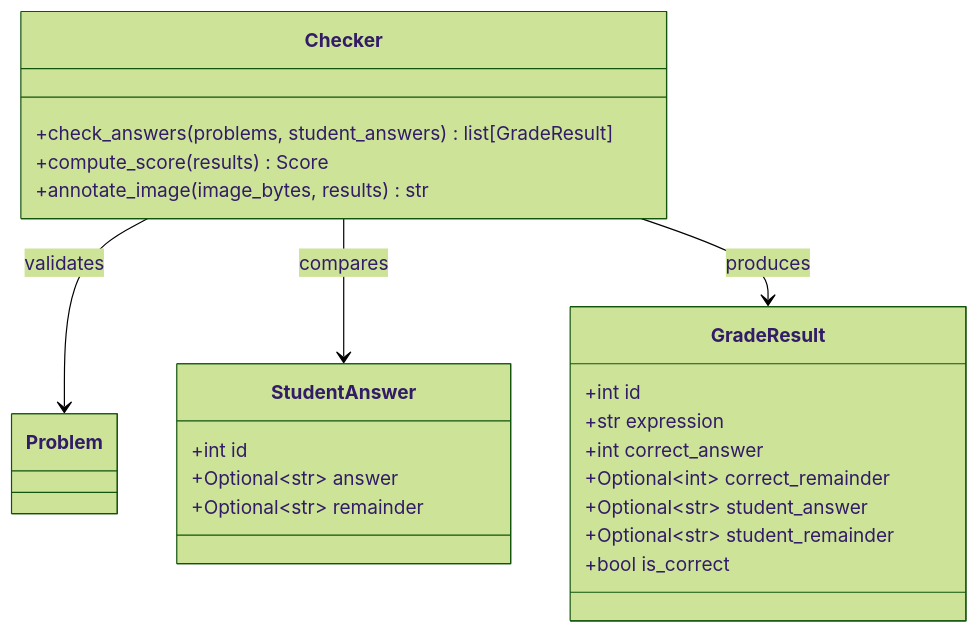
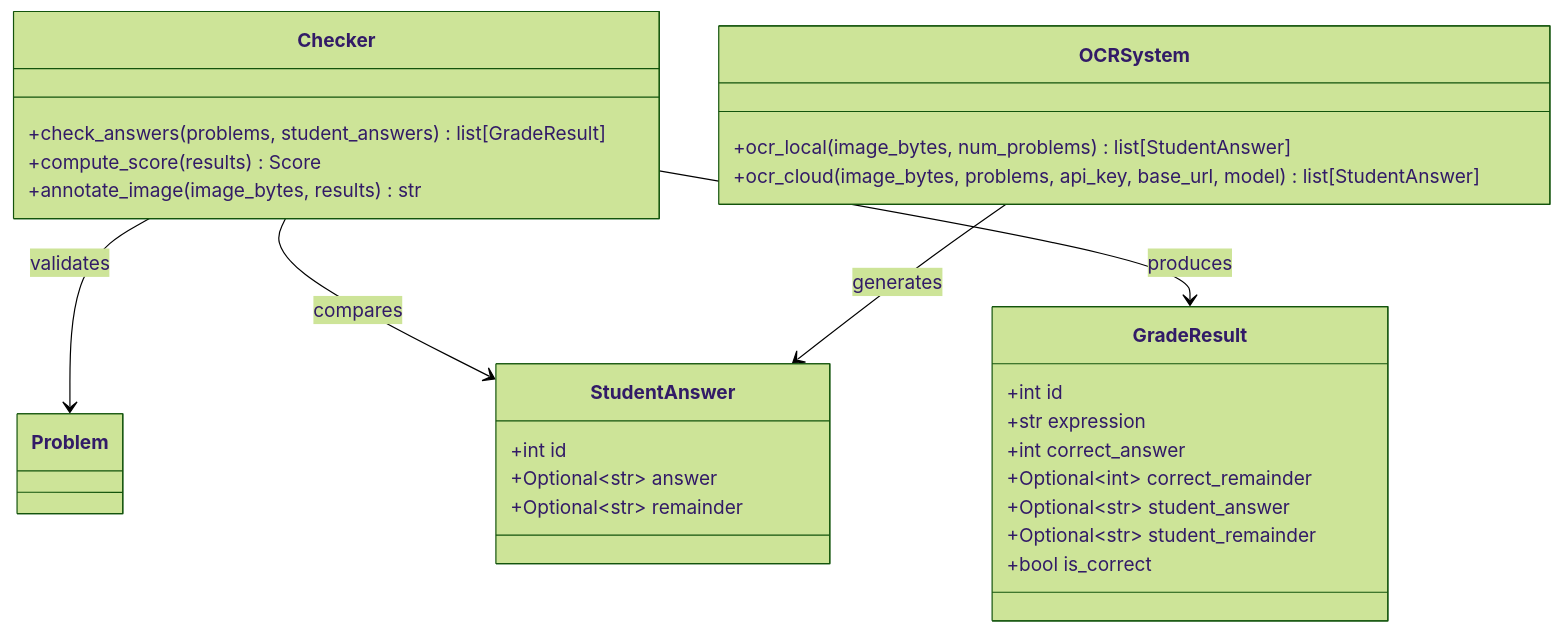
Before and after one commit to SimonWHL/math-learning: the fourth of 10 diagrams in .qoder/repowiki/zh/content/项目结构/核心生成器.md, drawn with Mermaid (forest theme). The commit also changed other lines of this file and 4 other files, not shown here.

````diff
--- a/.qoder/repowiki/zh/content/项目结构/核心生成器.md
+++ b/.qoder/repowiki/zh/content/项目结构/核心生成器.md
@@ -166,25 +185,30 @@
 ```mermaid
 classDiagram
 class StudentAnswer {
 +int id
 +Optional~str~ answer
 +Optional~str~ remainder
 }
 class GradeResult {
 +int id
 +str expression
 +int correct_answer
 +Optional~int~ correct_remainder
 +Optional~str~ student_answer
 +Optional~str~ student_remainder
 +bool is_correct
 }
 class Checker {
 +check_answers(problems, student_answers) list[GradeResult]
 +compute_score(results) Score
 +annotate_image(image_bytes, results) str
 }
+class OCRSystem {
++ocr_local(image_bytes, num_problems) list[StudentAnswer]
++ocr_cloud(image_bytes, problems, api_key, base_url, model) list[StudentAnswer]
+}
 Checker --> Problem : validates
 Checker --> StudentAnswer : compares
 Checker --> GradeResult : produces
+OCRSystem --> StudentAnswer : generates
 ```
````
